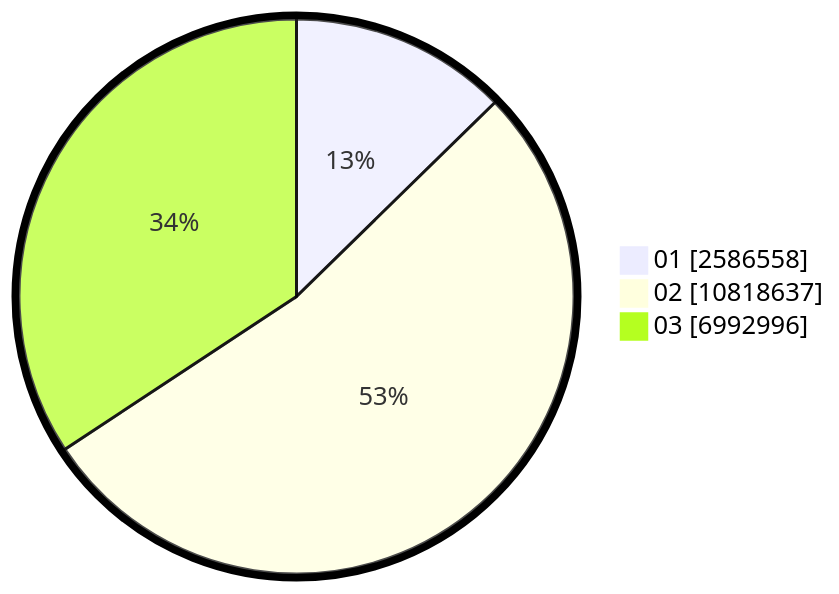
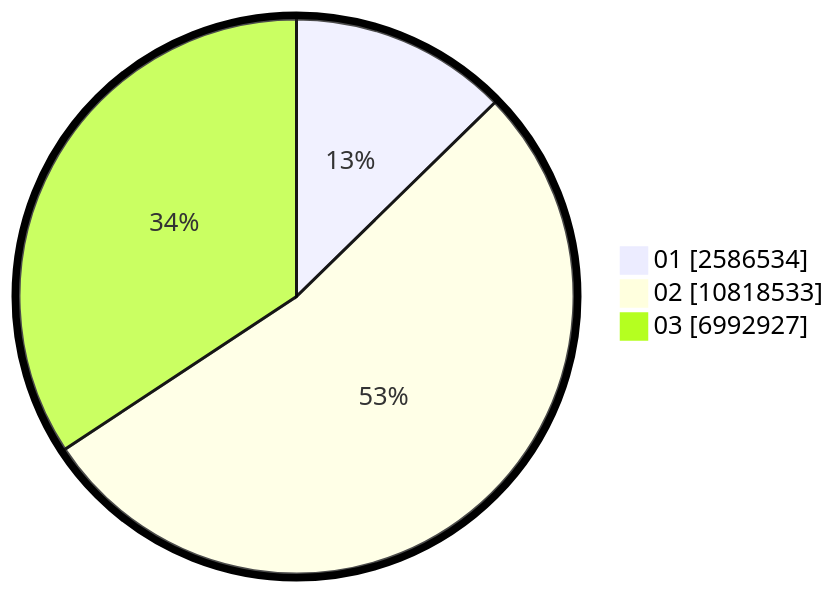
One commit to gigit-pemilu/pemilu-2024 changed the second of 2 diagrams in pilpres/hitung-suara/sub/table-wilayah-33.md. Above: the diagram before and after it, drawn with Mermaid. The commit also changed other lines of this file and 8 other files, not shown here.

````diff
--- a/pilpres/hitung-suara/sub/table-wilayah-33.md
+++ b/pilpres/hitung-suara/sub/table-wilayah-33.md
@@ -15,7 +15,7 @@
 ```mermaid
 %%{init: {"pie": {"textPosition": 0.5}, "themeVariables": {"pieOuterStrokeWidth": "5px"}} }%%
 pie showData
-    "01" : 2586558
-    "02" : 10818637
-    "03" : 6992996
+    "01" : 2586534
+    "02" : 10818533
+    "03" : 6992927
 ```
````
